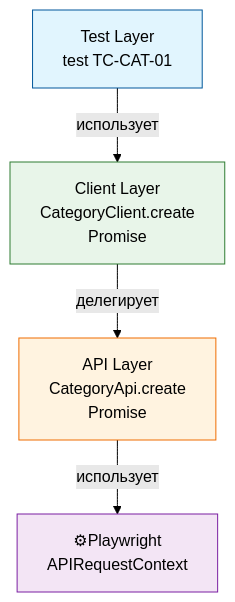
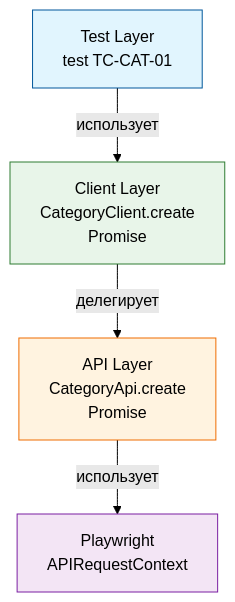
Before and after one commit to lmveilfire/sideglance-qa: the diagram in README.md, drawn with Mermaid (forest theme).

````diff
--- a/README.md
+++ b/README.md
@@ -31,17 +31,17 @@
 ```mermaid
 flowchart TD
     A["Test Layer
     test TC-CAT-01"] -->|использует| B["Client Layer
     CategoryClient.create
     Promise<CategoryDto>"]
     B -->|делегирует| C["API Layer
     CategoryApi.create
     Promise<APIResponse>"]
-    C -->|использует| D["⚙Playwright
+    C -->|использует| D["Playwright
     APIRequestContext"]
     
     style A fill:#e1f5fe,stroke:#01579b
     style B fill:#e8f5e9,stroke:#2e7d32
     style C fill:#fff3e0,stroke:#ef6c00
     style D fill:#f3e5f5,stroke:#7b1fa2
 ```
````
